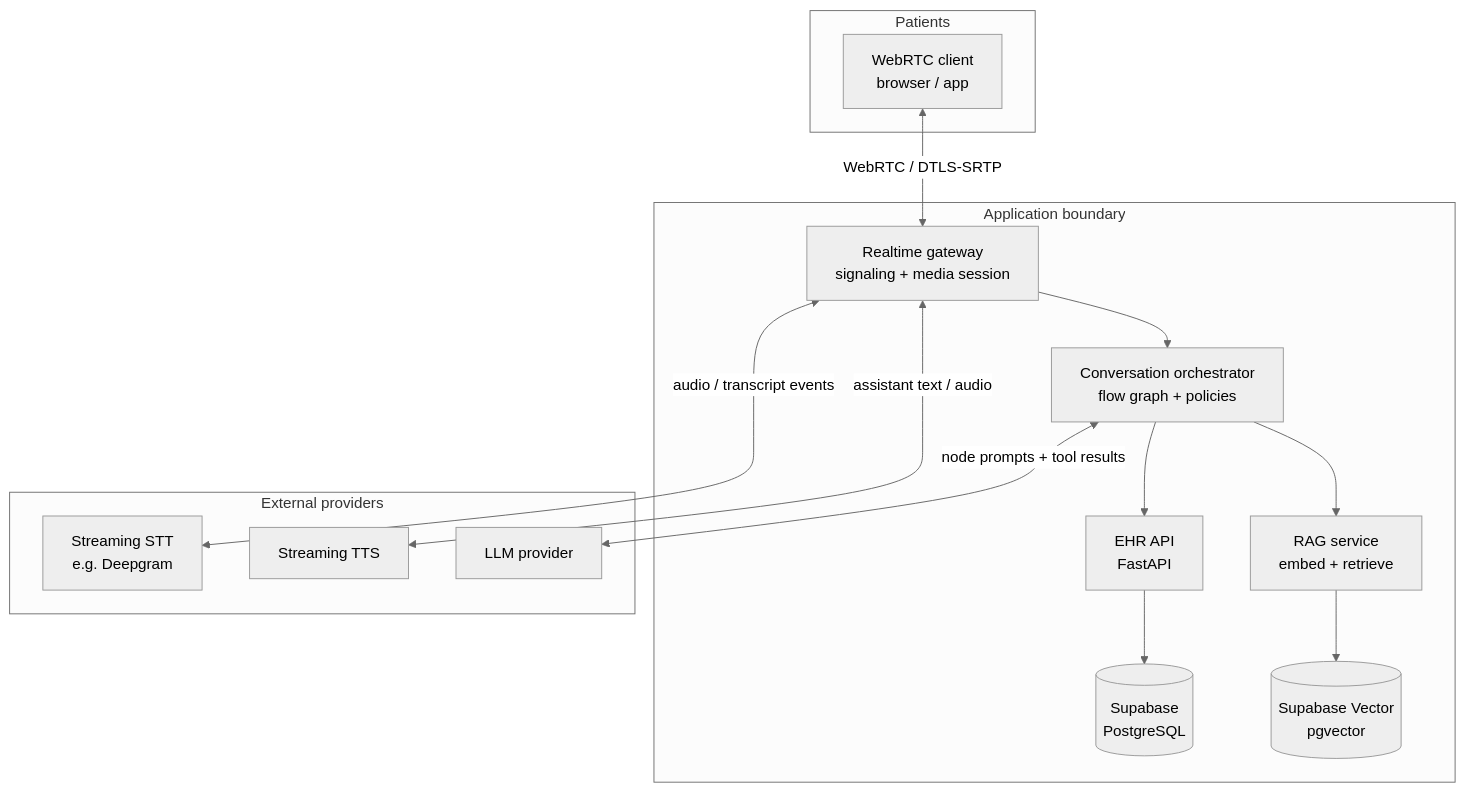
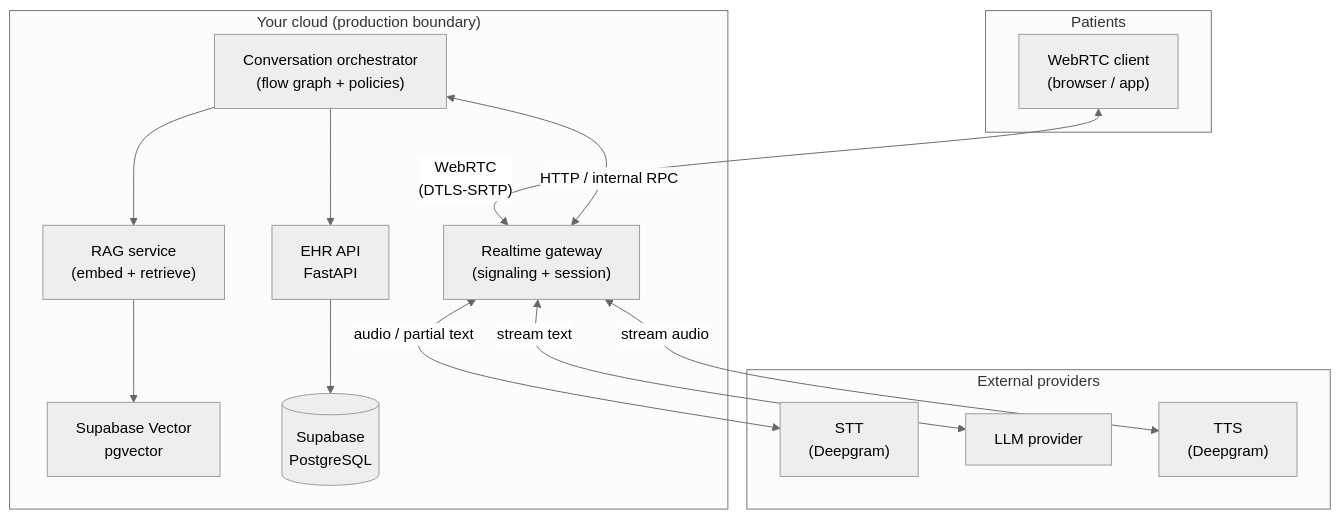
Before and after one commit to HamzaFayaz/MedCall-AI: the first of 15 diagrams in README.md, drawn with Mermaid (neutral theme). The commit also changed other lines of this file, not shown here.

````diff
--- a/README.md
+++ b/README.md
@@ -46,31 +67,31 @@
 ```mermaid
 flowchart TB
   subgraph Patients["Patients"]
-    Client["WebRTC client\nbrowser / app"]
+    Client["WebRTC client\n(browser / app)"]
   end
 
-  subgraph Cloud["Application boundary"]
-    Gateway["Realtime gateway\nsignaling + media session"]
-    Orchestrator["Conversation orchestrator\nflow graph + policies"]
+  subgraph YourCloud["Your cloud (production boundary)"]
+    GW["Realtime gateway\n(signaling + session)"]
+    Orch["Conversation orchestrator\n(flow graph + policies)"]
     EHR["EHR API\nFastAPI"]
-    RAG["RAG service\nembed + retrieve"]
+    RAG["RAG service\n(embed + retrieve)"]
+    Vector["Supabase Vector\npgvector"]
     DB[(Supabase\nPostgreSQL)]
-    Vector[(Supabase Vector\npgvector)]
   end
 
-  subgraph Providers["External providers"]
-    STT["Streaming STT\ne.g. Deepgram"]
+  subgraph External["External providers"]
+    STT["STT\n(Deepgram)"]
     LLM["LLM provider"]
-    TTS["Streaming TTS"]
+    TTS["TTS\n(Deepgram)"]
   end
 
-  Client <-->|WebRTC / DTLS-SRTP| Gateway
-  Gateway <-->|audio / transcript events| STT
-  Gateway <-->|assistant text / audio| TTS
-  Gateway --> Orchestrator
-  Orchestrator <-->|node prompts + tool results| LLM
-  Orchestrator --> EHR
-  Orchestrator --> RAG
+  Client <-->|"WebRTC\n(DTLS-SRTP)"| GW
+  GW <-->|"audio / partial text"| STT
+  GW <-->|"stream text"| LLM
+  GW <-->|"stream audio"| TTS
+  Orch <-->|"HTTP / internal RPC"| GW
+  Orch --> EHR
+  Orch --> RAG
+  RAG --> Vector
   EHR --> DB
-  RAG --> Vector
 ```
````
